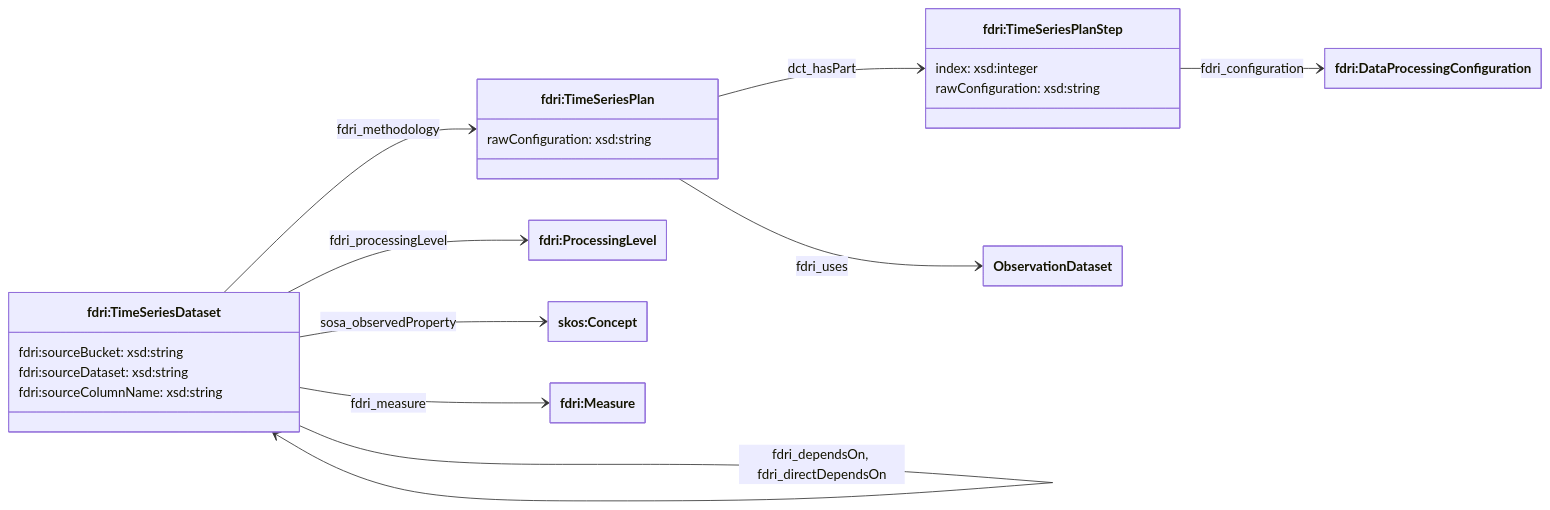
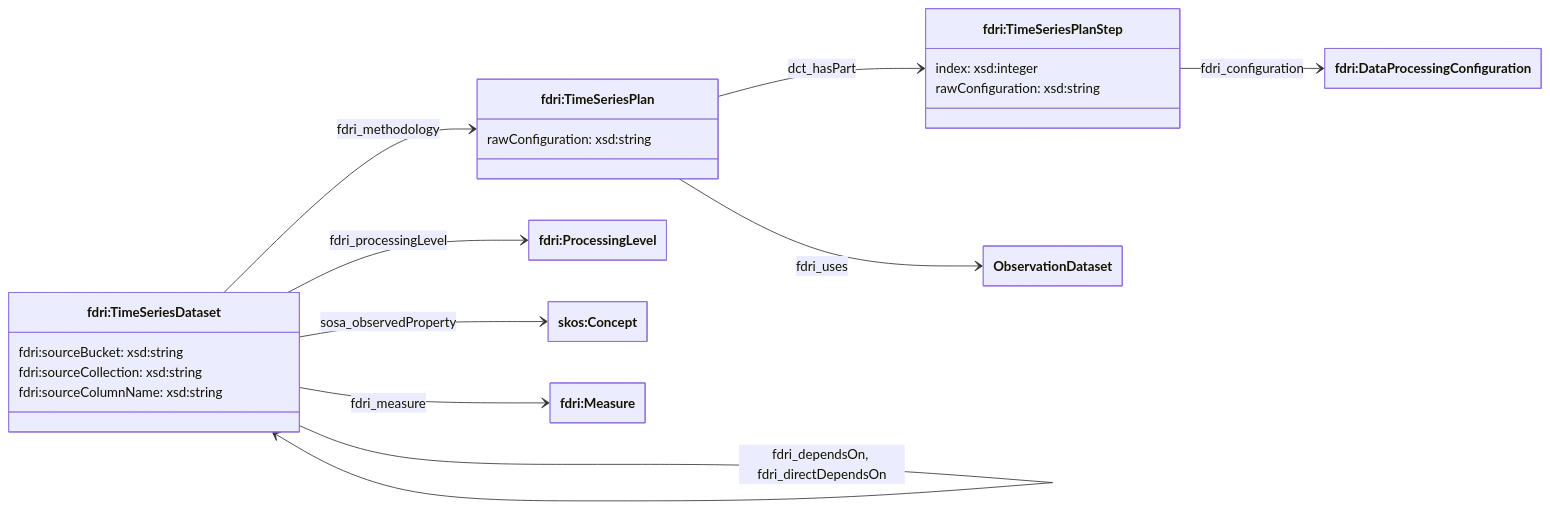
One commit to NERC-CEH/fdri-ontology changed the second of 3 diagrams in doc/time-series-dataset.md. Above: the diagram before and after it, drawn with Mermaid. The commit also changed 3 other files, not shown here.

Commit message:
change sourceDataset to sourceCollection

````diff
--- a/doc/time-series-dataset.md
+++ b/doc/time-series-dataset.md
@@ -40,34 +40,34 @@
 ```mermaid
 ---
   config:
     class:
       hideEmptyMembersBox: true
 ---
 classDiagram
 direction LR
 class TimeSeriesDataset["fdri:TimeSeriesDataset"] {
   fdri:sourceBucket: xsd:string
-  fdri:sourceDataset: xsd:string
+  fdri:sourceCollection: xsd:string
   fdri:sourceColumnName: xsd:string
 }
 class Plan["fdri:TimeSeriesPlan"] {
     rawConfiguration: xsd:string
 }
 class Step["fdri:TimeSeriesPlanStep"] {
     index: xsd:integer
     rawConfiguration: xsd:string
 }
 class DataProcessingConfig["fdri:DataProcessingConfiguration"]
 class ProcessingLevel["fdri:ProcessingLevel"]
 class Variable["skos:Concept"]
 class Measure["fdri:Measure"]
 
 TimeSeriesDataset --> ProcessingLevel: fdri_processingLevel
 TimeSeriesDataset --> Variable: sosa_observedProperty
 TimeSeriesDataset --> Measure: fdri_measure
 TimeSeriesDataset --> Plan: fdri_methodology
 Plan --> ObservationDataset: fdri_uses
 Plan --> Step: dct_hasPart
 Step --> DataProcessingConfig: fdri_configuration
 TimeSeriesDataset --> TimeSeriesDataset: fdri_dependsOn, fdri_directDependsOn
 ```
````
